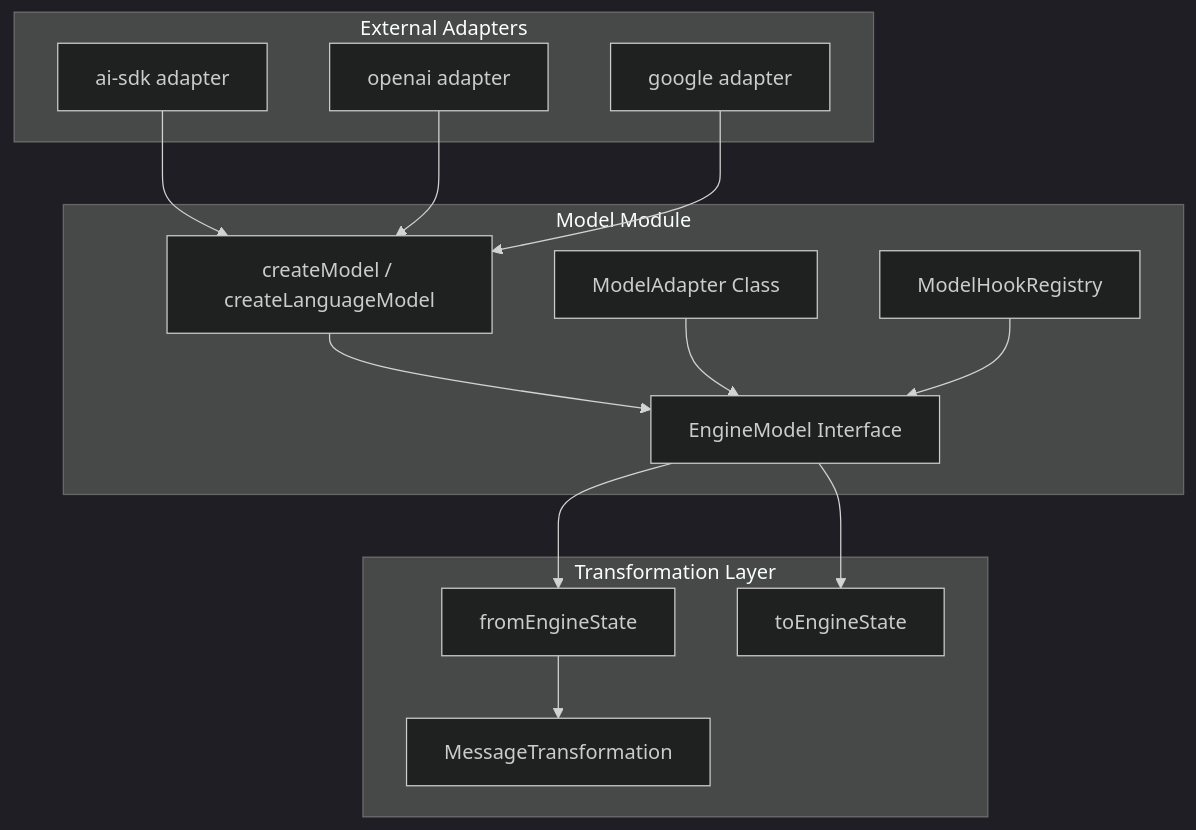
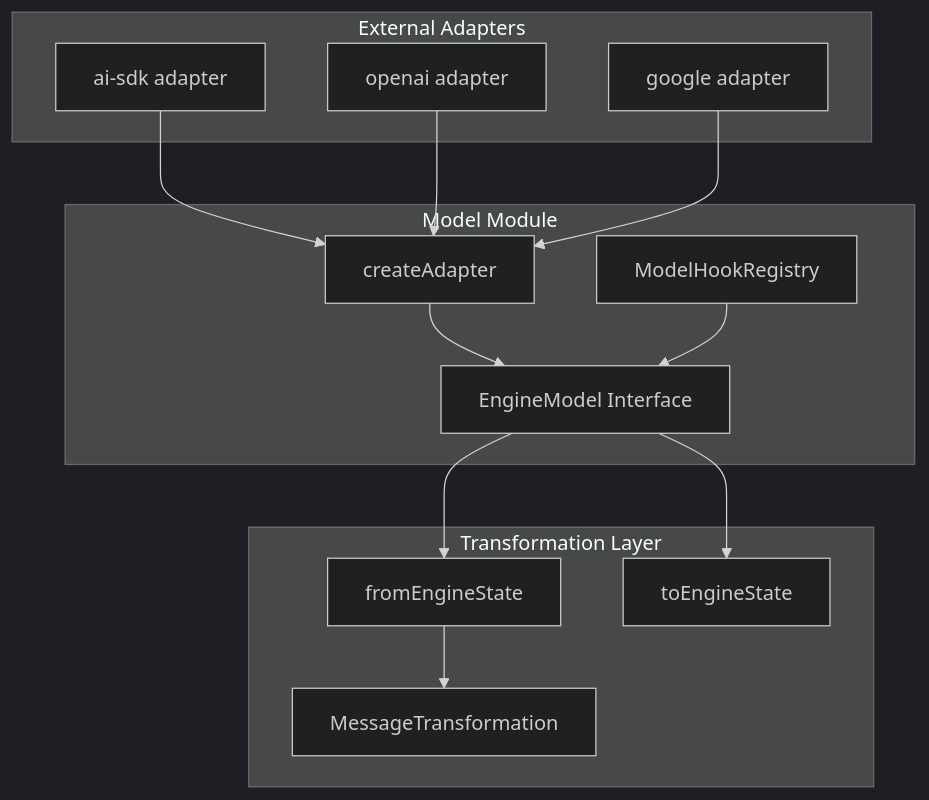
The first of 4 diagrams in packages/core/src/model/ARCHITECTURE.md (agenticklabs/agentick), drawn with Mermaid (dark theme) before and after one commit. The commit also changed other lines of this file and 60 other files, not shown here.

````diff
--- a/packages/core/src/model/ARCHITECTURE.md
+++ b/packages/core/src/model/ARCHITECTURE.md
@@ -64,34 +65,32 @@
 ```mermaid
 graph TB
     subgraph "Model Module"
         EM[EngineModel Interface]
-        CM[createModel / createLanguageModel]
-        MA[ModelAdapter Class]
+        CA[createAdapter]
         MH[ModelHookRegistry]
     end
 
     subgraph "Transformation Layer"
         FES[fromEngineState]
         TES[toEngineState]
         MT[MessageTransformation]
     end
 
     subgraph "External Adapters"
         AISDK[ai-sdk adapter]
         OPENAI[openai adapter]
         GOOGLE[google adapter]
     end
 
-    CM --> EM
-    MA --> EM
+    CA --> EM
 
     EM --> FES
     EM --> TES
     FES --> MT
 
-    AISDK --> CM
-    OPENAI --> CM
-    GOOGLE --> CM
+    AISDK --> CA
+    OPENAI --> CA
+    GOOGLE --> CA
 
     MH --> EM
 ```
````
